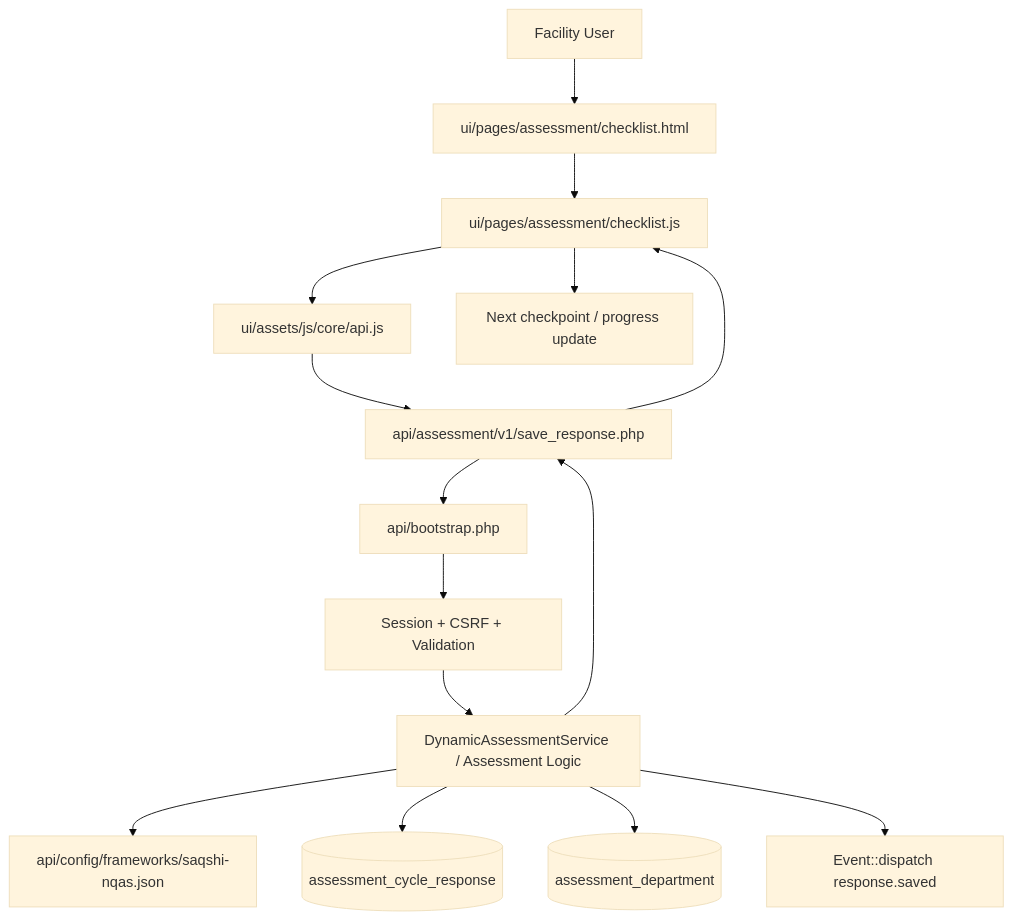
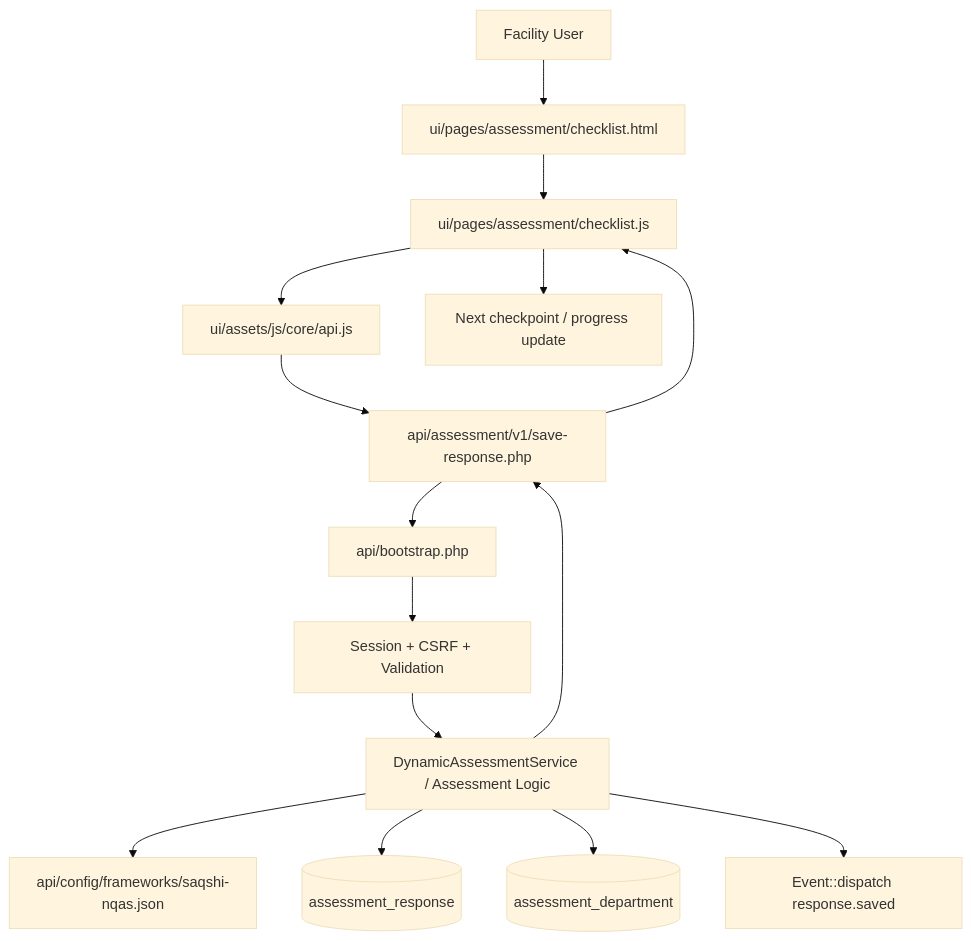
Before and after one commit to PSMRI/saQshi_open_source: the eighth of 10 diagrams in docs/architecture/technical_architecture.md, drawn with Mermaid (base theme). The commit also changed other lines of this file and 45 other files, not shown here.

````diff
--- a/docs/architecture/technical_architecture.md
+++ b/docs/architecture/technical_architecture.md
@@ -434,31 +444,31 @@
 ```mermaid
 flowchart TB
     User["Facility User"]
     ChecklistUI["ui/pages/assessment/checklist.html"]
     ChecklistJS["ui/pages/assessment/checklist.js"]
     ApiClient["ui/assets/js/core/api.js"]
-    SaveApi["api/assessment/v1/save_response.php"]
+    SaveApi["api/assessment/v1/save-response.php"]
     Bootstrap["api/bootstrap.php"]
     Core["Session + CSRF + Validation"]
     AssessmentSvc["DynamicAssessmentService / Assessment Logic"]
     FrameworkJson["api/config/frameworks/saqshi-nqas.json"]
-    ResponseTable[("assessment_cycle_response")]
+    ResponseTable[("assessment_response")]
     DeptTable[("assessment_department")]
     EventLog["Event::dispatch response.saved"]
     UIUpdate["Next checkpoint / progress update"]
 
     User --> ChecklistUI
     ChecklistUI --> ChecklistJS
     ChecklistJS --> ApiClient
     ApiClient --> SaveApi
     SaveApi --> Bootstrap
     Bootstrap --> Core
     Core --> AssessmentSvc
     AssessmentSvc --> FrameworkJson
     AssessmentSvc --> ResponseTable
     AssessmentSvc --> DeptTable
     AssessmentSvc --> EventLog
     AssessmentSvc --> SaveApi
     SaveApi --> ChecklistJS
     ChecklistJS --> UIUpdate
 ```
````
